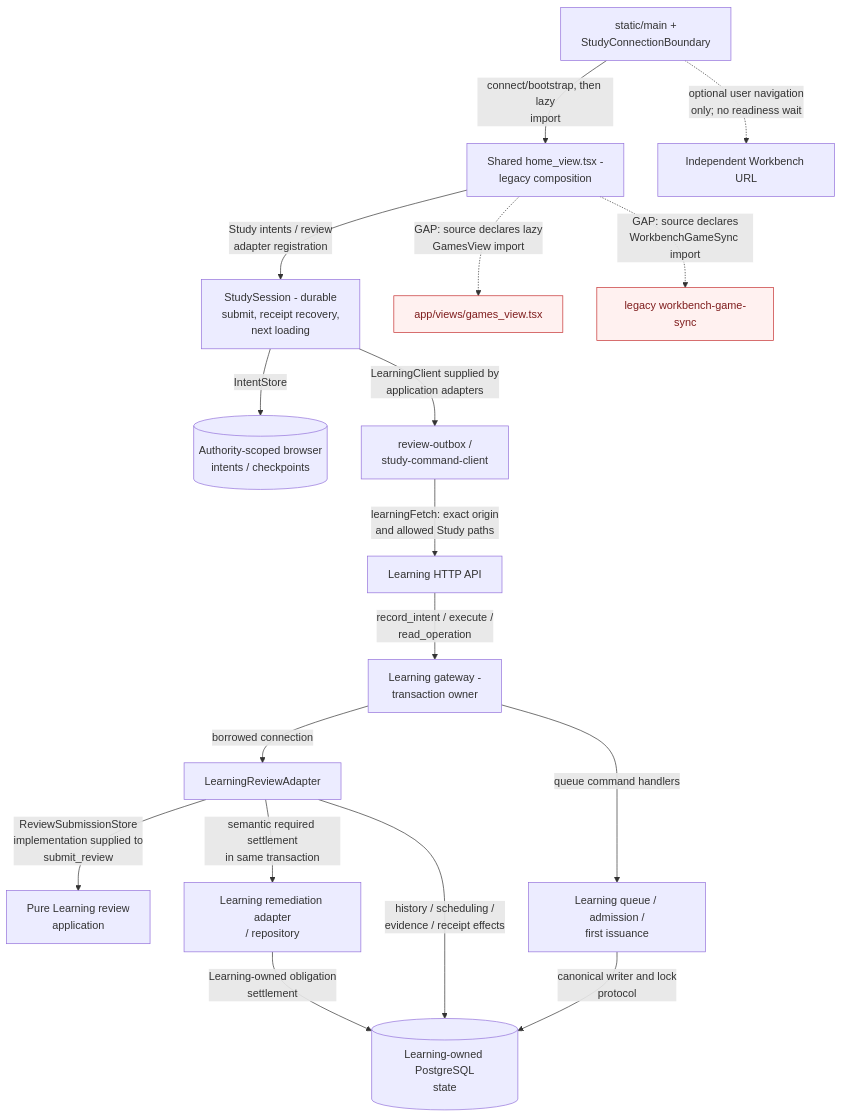
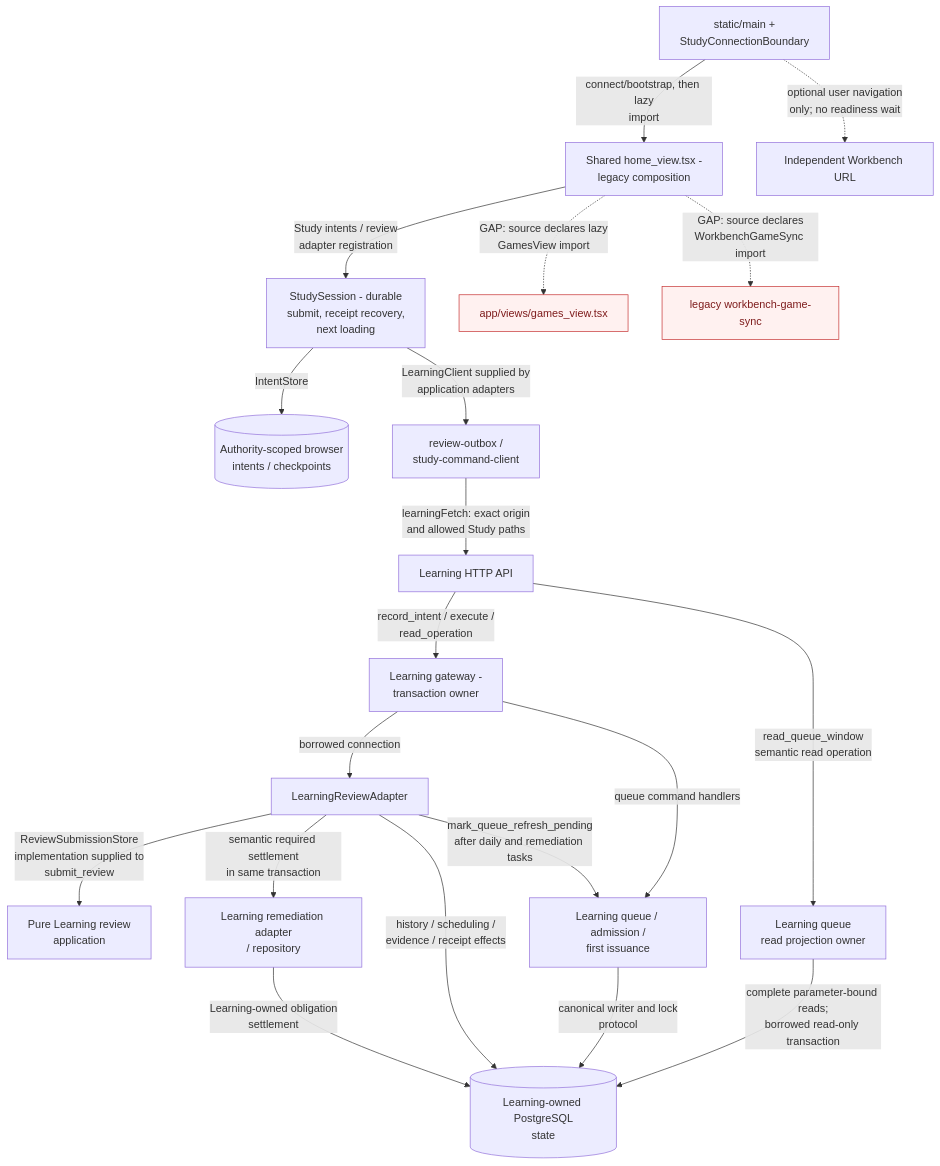
The first of 4 diagrams in docs/architecture/diagrams/study-games.md (aaweaver-actuary/tempo), drawn with Mermaid before and after one commit. The commit also changed other lines of this file and 6 other files, not shown here.

Commit message:
refactor(learning): own queue projection queries and refresh marks

````diff
--- a/docs/architecture/diagrams/study-games.md
+++ b/docs/architecture/diagrams/study-games.md
@@ -20,21 +20,24 @@
 ```mermaid
 flowchart TB
   Entry["static/main +<br/>StudyConnectionBoundary"] -->|"connect/bootstrap, then lazy<br/>import"| Home["Shared home_view.tsx -<br/>legacy composition"]
   Home -->|"Study intents / review<br/>adapter registration"| Session["StudySession - durable<br/>submit, receipt recovery,<br/>next loading"]
   Session -->|"IntentStore"| Browser[("Authority-scoped browser<br/>intents / checkpoints")]
   Session -->|"LearningClient supplied by<br/>application adapters"| Adapter["review-outbox /<br/>study-command-client"]
   Adapter -->|"learningFetch: exact origin<br/>and allowed Study paths"| HTTP["Learning HTTP API"]
   HTTP -->|"record_intent / execute /<br/>read_operation"| Gateway["Learning gateway -<br/>transaction owner"]
   Gateway -->|"borrowed connection"| Review["LearningReviewAdapter"]
   Review -->|"ReviewSubmissionStore<br/>implementation supplied to<br/>submit_review"| App["Pure Learning review<br/>application"]
   Gateway -->|"queue command handlers"| Queue["Learning queue / admission /<br/>first issuance"]
+  HTTP -->|"read_queue_window<br/>semantic read operation"| Projection["Learning queue<br/>read projection owner"]
+  Projection -->|"complete parameter-bound reads;<br/>borrowed read-only transaction"| DB
   Review -->|"semantic required settlement<br/>in same transaction"| Remediation["Learning remediation adapter<br/>/ repository"]
   Review -->|"history / scheduling /<br/>evidence / receipt effects"| DB[("Learning-owned PostgreSQL<br/>state")]
+  Review -->|"mark_queue_refresh_pending<br/>after daily and remediation tasks"| Queue
   Queue -->|"canonical writer and lock<br/>protocol"| DB
   Remediation -->|"Learning-owned obligation<br/>settlement"| DB
   Home -.->|"GAP: source declares lazy<br/>GamesView import"| LegacyGames["app/views/games_view.tsx"]
   Home -.->|"GAP: source declares<br/>WorkbenchGameSync import"| LegacySync["legacy workbench-game-sync"]
   Entry -.->|"optional user navigation<br/>only; no readiness wait"| WB["Independent Workbench URL"]
   classDef gap fill:#fff1f0,stroke:#c53030,color:#7f1d1d
   class LegacyGames,LegacySync gap
 ```
````
